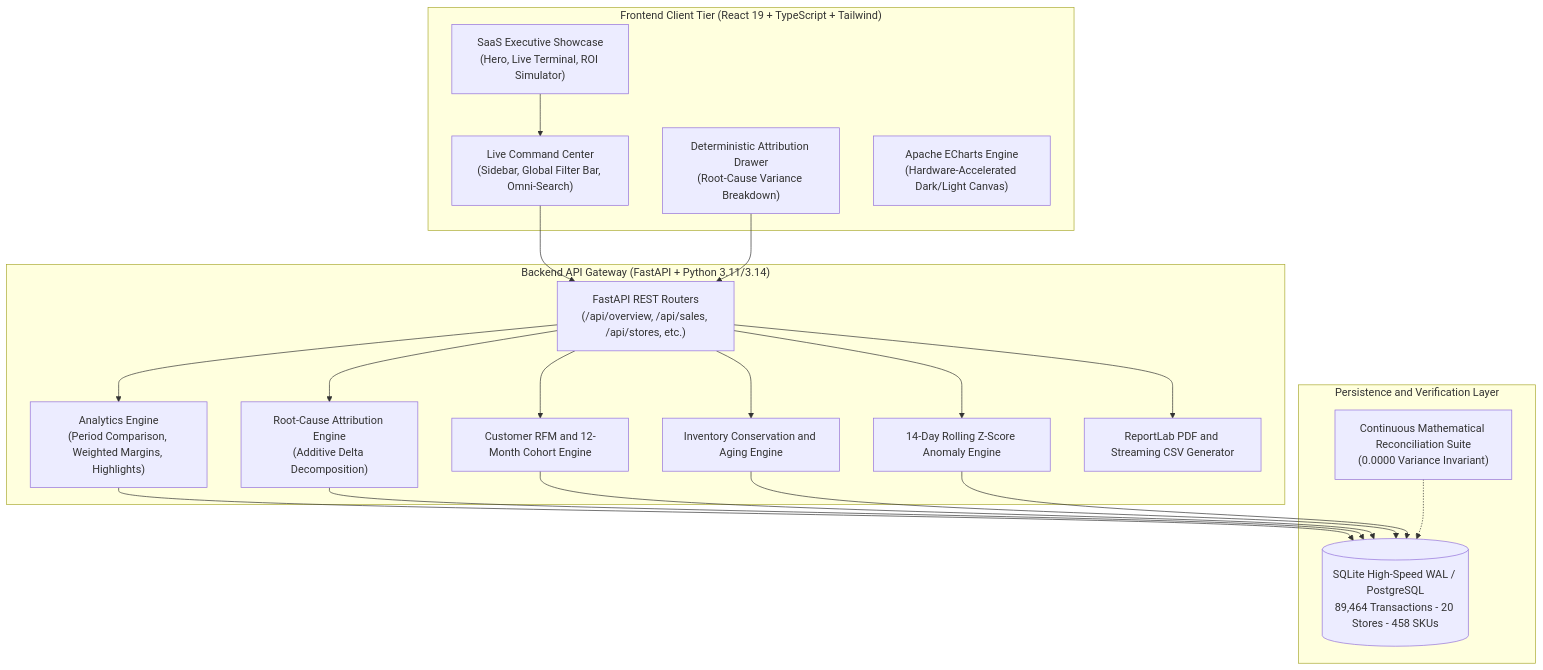
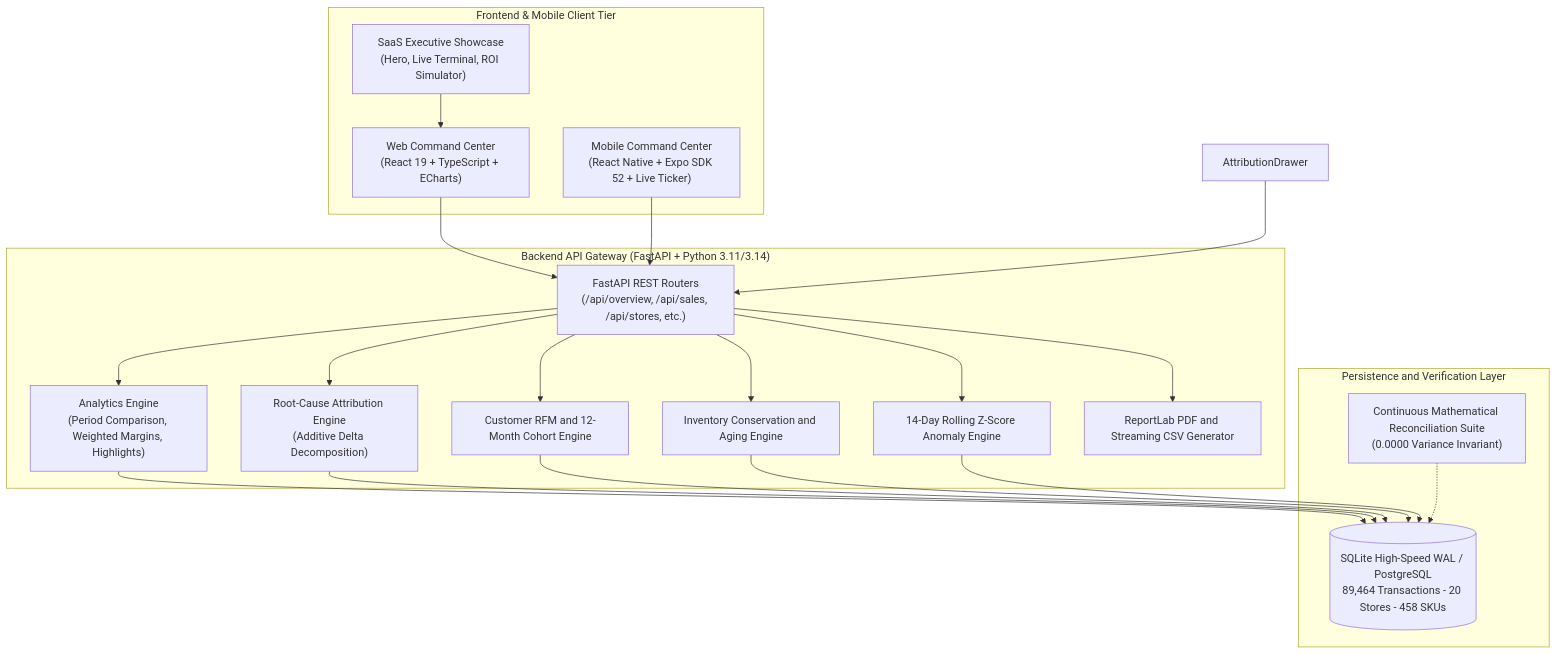
One commit to pyharshcodes/RetailPulse changed the first of 2 diagrams in README.md. Above: the diagram before and after it, drawn with Mermaid. The commit also changed other lines of this file and 20 other files, not shown here.

Commit message:
feat(mobile): add React Native Expo mobile app for RetailPulse with live POS stream and UPI QR checkout

````diff
--- a/README.md
+++ b/README.md
@@ -43,40 +44,40 @@
 ```mermaid
 flowchart TD
-    subgraph Client["Frontend Client Tier (React 19 + TypeScript + Tailwind)"]
+    subgraph Client["Frontend & Mobile Client Tier"]
         Landing["SaaS Executive Showcase<br/>(Hero, Live Terminal, ROI Simulator)"]
-        CommandCenter["Live Command Center<br/>(Sidebar, Global Filter Bar, Omni-Search)"]
-        AttributionDrawer["Deterministic Attribution Drawer<br/>(Root-Cause Variance Breakdown)"]
-        ECharts["Apache ECharts Engine<br/>(Hardware-Accelerated Dark/Light Canvas)"]
+        CommandCenter["Web Command Center<br/>(React 19 + TypeScript + ECharts)"]
+        MobileApp["Mobile Command Center<br/>(React Native + Expo SDK 52 + Live Ticker)"]
     end
 
     subgraph API["Backend API Gateway (FastAPI + Python 3.11/3.14)"]
         Router["FastAPI REST Routers<br/>(/api/overview, /api/sales, /api/stores, etc.)"]
         AnalyticsEngine["Analytics Engine<br/>(Period Comparison, Weighted Margins, Highlights)"]
         AttributionEngine["Root-Cause Attribution Engine<br/>(Additive Delta Decomposition)"]
         RFMEngine["Customer RFM and 12-Month Cohort Engine"]
         InventoryPhysics["Inventory Conservation and Aging Engine"]
         AnomalyEngine["14-Day Rolling Z-Score Anomaly Engine"]
         ReportEngine["ReportLab PDF and Streaming CSV Generator"]
     end
 
     subgraph Data["Persistence and Verification Layer"]
         DB[("SQLite High-Speed WAL / PostgreSQL<br/>89,464 Transactions - 20 Stores - 458 SKUs")]
         Validation["Continuous Mathematical Reconciliation Suite<br/>(0.0000 Variance Invariant)"]
     end
 
     Landing --> CommandCenter
     CommandCenter --> Router
+    MobileApp --> Router
     AttributionDrawer --> Router
     Router --> AnalyticsEngine
     Router --> AttributionEngine
     Router --> RFMEngine
     Router --> InventoryPhysics
     Router --> AnomalyEngine
     Router --> ReportEngine
     AnalyticsEngine --> DB
     AttributionEngine --> DB
     RFMEngine --> DB
     InventoryPhysics --> DB
     AnomalyEngine --> DB
     Validation -.-> DB
 ```
````
